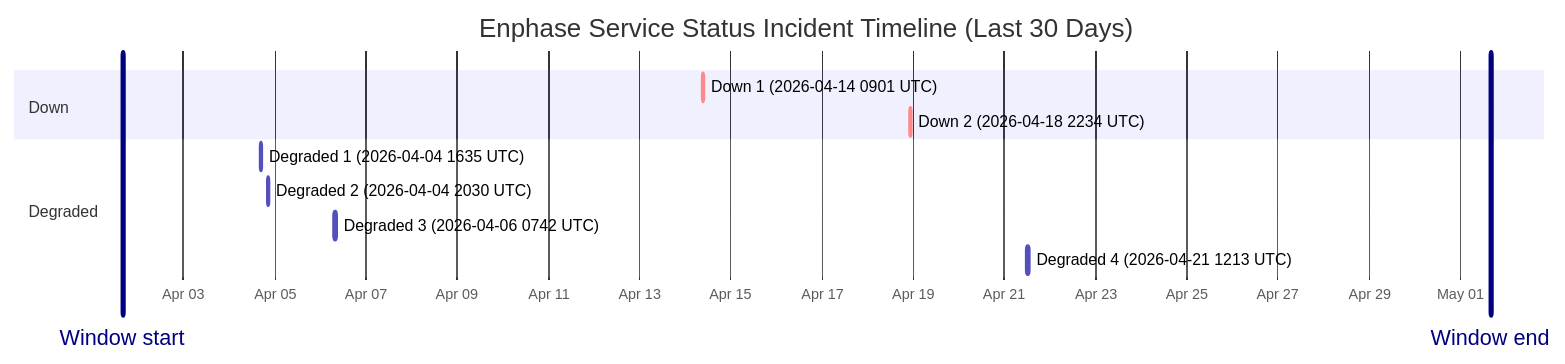
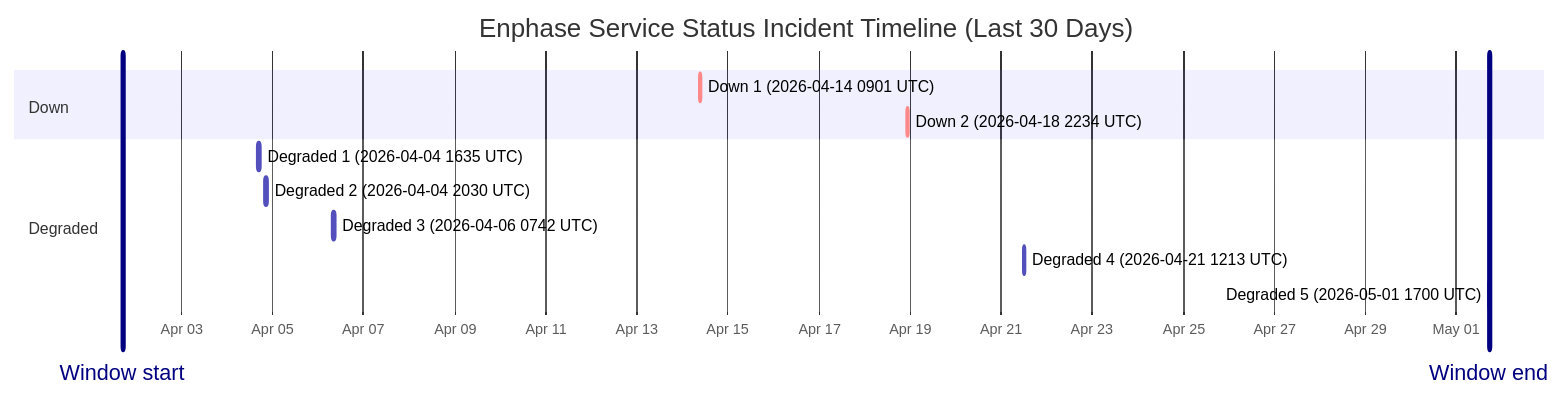
The diagram in wiki/Service-Status-History.md (barneyonline/ha-enphase-ev-charger), drawn with Mermaid before and after one commit. The commit also changed other lines of this file and 4 other files, not shown here.

````diff
--- a/wiki/Service-Status-History.md
+++ b/wiki/Service-Status-History.md
@@ -14,16 +14,17 @@
 ```mermaid
 gantt
     title Enphase Service Status Incident Timeline (Last 30 Days)
     dateFormat  YYYY-MM-DDTHH:mm:ss
     axisFormat  %b %d
-    Window start :vert, window-start, 2026-04-01T15:56:47, 0ms
-    Window end :vert, window-end, 2026-05-01T15:56:47, 0ms
+    Window start :vert, window-start, 2026-04-01T17:00:22, 0ms
+    Window end :vert, window-end, 2026-05-01T17:00:22, 0ms
     section Down
     Down 1 (2026-04-14 0901 UTC) :crit, down-1, 2026-04-14T09:01:13, 60m
     Down 2 (2026-04-18 2234 UTC) :crit, down-2, 2026-04-18T22:34:13, 60m
     section Degraded
     Degraded 1 (2026-04-04 1635 UTC) :active, degraded-1, 2026-04-04T16:35:17, 60m
     Degraded 2 (2026-04-04 2030 UTC) :active, degraded-2, 2026-04-04T20:30:40, 60m
     Degraded 3 (2026-04-06 0742 UTC) :active, degraded-3, 2026-04-06T07:42:09, 85m
     Degraded 4 (2026-04-21 1213 UTC) :active, degraded-4, 2026-04-21T12:13:11, 60m
+    Degraded 5 (2026-05-01 1700 UTC) :active, degraded-5, 2026-05-01T17:00:22, 60m
 ```
````
